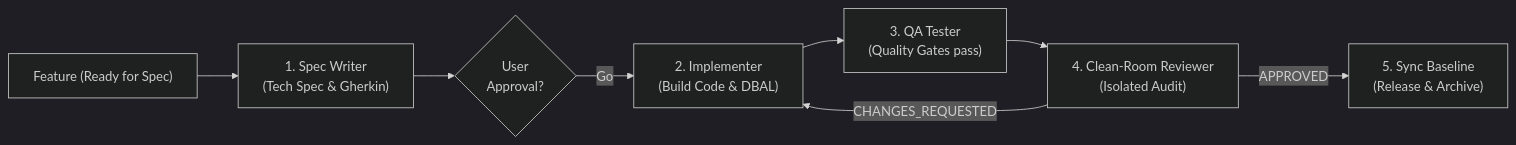
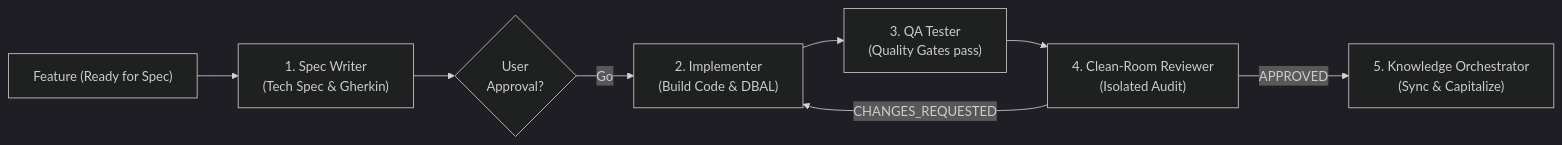
Before and after one commit to ngdo-pro/nanko: the diagram in .agents/plugins/spec-framework/agents/delivery-orchestrator.md, drawn with Mermaid (dark theme). The commit also changed other lines of this file and 36 other files, not shown here.

Commit message:
feat(knowledge): introduce knowledge track, knowledge-orchestrator, and specialized sync skills

````diff
--- a/.agents/plugins/spec-framework/agents/delivery-orchestrator.md
+++ b/.agents/plugins/spec-framework/agents/delivery-orchestrator.md
@@ -11,10 +11,10 @@
 ```mermaid
 flowchart LR
     F["Feature (Ready for Spec)"] --> S["1. Spec Writer<br>(Tech Spec & Gherkin)"]
     S --> V{"User<br>Approval?"}
     V -->|Go| B["2. Implementer<br>(Build Code & DBAL)"]
     B --> Q["3. QA Tester<br>(Quality Gates pass)"]
     Q --> R["4. Clean-Room Reviewer<br>(Isolated Audit)"]
     R -->|CHANGES_REQUESTED| B
-    R -->|APPROVED| C["5. Sync Baseline<br>(Release & Archive)"]
+    R -->|APPROVED| K["5. Knowledge Orchestrator<br>(Sync & Capitalize)"]
 ```
````
